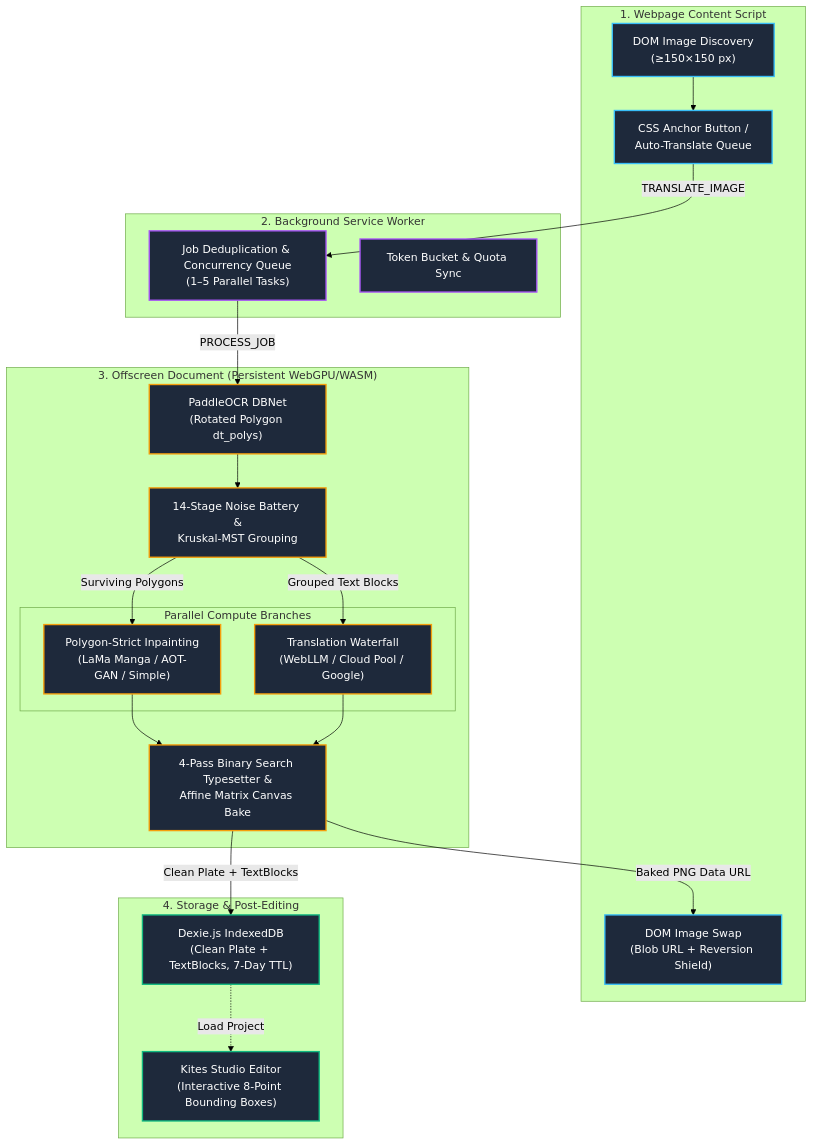
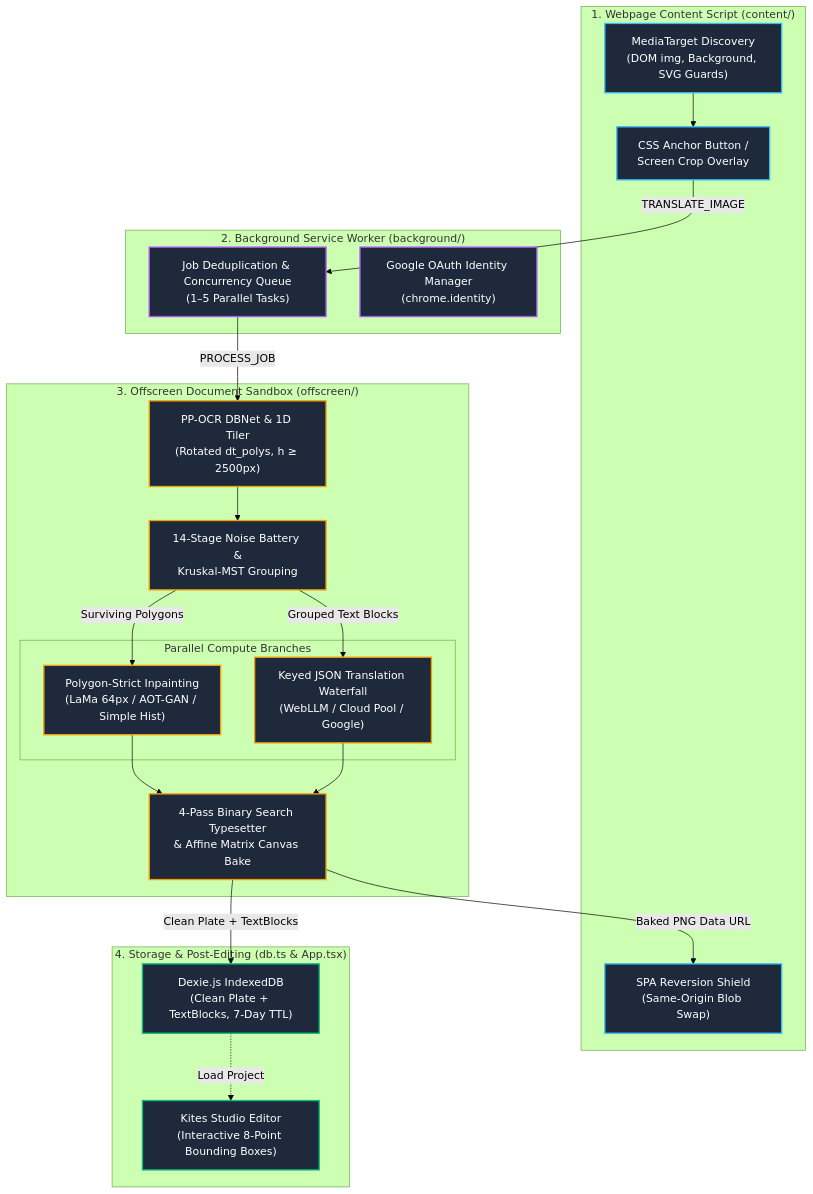
One commit to Unheat/Kites changed the diagram in docs/README.md. Above: the diagram before and after it, drawn with Mermaid (forest theme). The commit also changed other lines of this file and 11 other files, not shown here.

Commit message:
docs: expand comprehensive architectural documentation and ADRs

````diff
--- a/docs/README.md
+++ b/docs/README.md
@@ -11,47 +11,47 @@
 ```mermaid
 flowchart TD
     classDef web fill:#1e293b,stroke:#38bdf8,stroke-width:2px,color:#fff;
     classDef worker fill:#1e293b,stroke:#a855f7,stroke-width:2px,color:#fff;
     classDef offscreen fill:#1e293b,stroke:#f59e0b,stroke-width:2px,color:#fff;
     classDef storage fill:#1e293b,stroke:#10b981,stroke-width:2px,color:#fff;
 
-    subgraph ContentScript["1. Webpage Content Script"]
-        DOMImg["DOM Image Discovery<br/>(≥150×150 px)"]:::web
-        HoverBtn["CSS Anchor Button /<br/>Auto-Translate Queue"]:::web
-        DOMSwap["DOM Image Swap<br/>(Blob URL + Reversion Shield)"]:::web
+    subgraph ContentScript["1. Webpage Content Script (content/)"]
+        DOMImg["MediaTarget Discovery<br/>(DOM img, Background, SVG Guards)"]:::web
+        HoverBtn["CSS Anchor Button /<br/>Screen Crop Overlay"]:::web
+        DOMSwap["SPA Reversion Shield<br/>(Same-Origin Blob Swap)"]:::web
     end
 
-    subgraph BackgroundWorker["2. Background Service Worker"]
+    subgraph BackgroundWorker["2. Background Service Worker (background/)"]
         JobQueue["Job Deduplication & Concurrency Queue<br/>(1–5 Parallel Tasks)"]:::worker
-        AuthToken["Token Bucket & Quota Sync"]:::worker
+        AuthToken["Google OAuth Identity Manager<br/>(chrome.identity)"]:::worker
     end
 
-    subgraph OffscreenRuntime["3. Offscreen Document (Persistent WebGPU/WASM)"]
-        OCRDetect["PaddleOCR DBNet<br/>(Rotated Polygon dt_polys)"]:::offscreen
+    subgraph OffscreenRuntime["3. Offscreen Document Sandbox (offscreen/)"]
+        OCRDetect["PP-OCR DBNet & 1D Tiler<br/>(Rotated dt_polys, h ≥ 2500px)"]:::offscreen
         NoiseFilter["14-Stage Noise Battery &<br/>Kruskal-MST Grouping"]:::offscreen
         
         subgraph ParallelCompute["Parallel Compute Branches"]
-            InpaintEng["Polygon-Strict Inpainting<br/>(LaMa Manga / AOT-GAN / Simple)"]:::offscreen
-            TransWaterfall["Translation Waterfall<br/>(WebLLM / Cloud Pool / Google)"]:::offscreen
+            InpaintEng["Polygon-Strict Inpainting<br/>(LaMa 64px / AOT-GAN / Simple Hist)"]:::offscreen
+            TransWaterfall["Keyed JSON Translation Waterfall<br/>(WebLLM / Cloud Pool / Google)"]:::offscreen
         end
 
-        Typesetter["4-Pass Binary Search Typesetter &<br/>Affine Matrix Canvas Bake"]:::offscreen
+        Typesetter["4-Pass Binary Search Typesetter<br/>& Affine Matrix Canvas Bake"]:::offscreen
     end
 
-    subgraph StorageLayer["4. Storage & Post-Editing"]
+    subgraph StorageLayer["4. Storage & Post-Editing (db.ts & App.tsx)"]
         IndexedDB["Dexie.js IndexedDB<br/>(Clean Plate + TextBlocks, 7-Day TTL)"]:::storage
         StudioApp["Kites Studio Editor<br/>(Interactive 8-Point Bounding Boxes)"]:::storage
     end
 
     DOMImg --> HoverBtn
     HoverBtn -->|TRANSLATE_IMAGE| JobQueue
     JobQueue -->|PROCESS_JOB| OCRDetect
     OCRDetect --> NoiseFilter
     NoiseFilter -->|Surviving Polygons| InpaintEng
     NoiseFilter -->|Grouped Text Blocks| TransWaterfall
     InpaintEng --> Typesetter
     TransWaterfall --> Typesetter
     Typesetter -->|Clean Plate + TextBlocks| IndexedDB
     Typesetter -->|Baked PNG Data URL| DOMSwap
     IndexedDB -.->|Load Project| StudioApp
 ```
````
